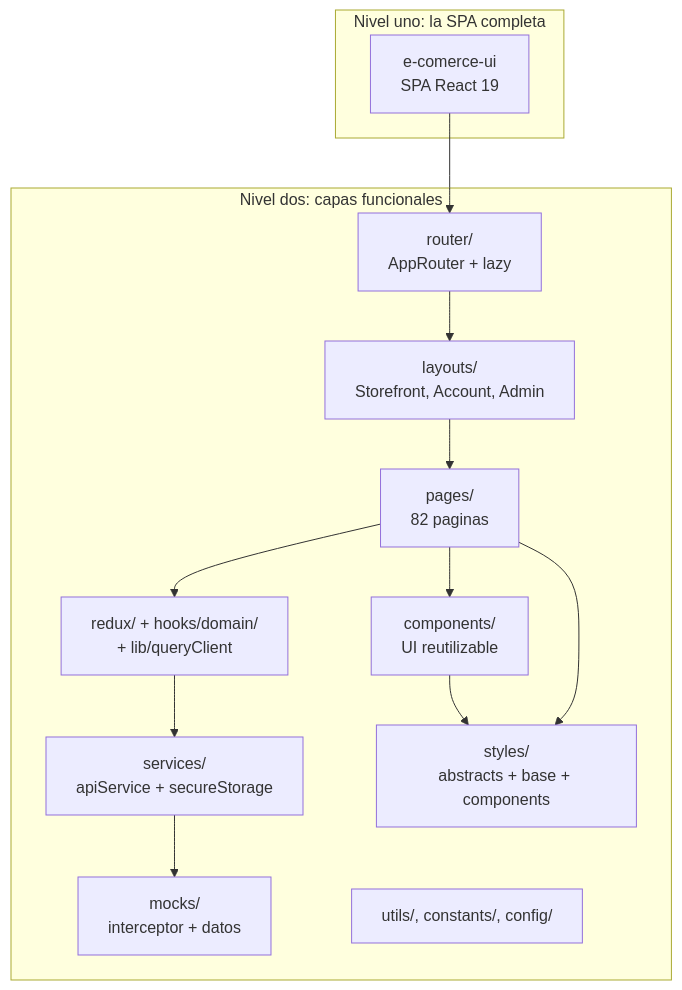
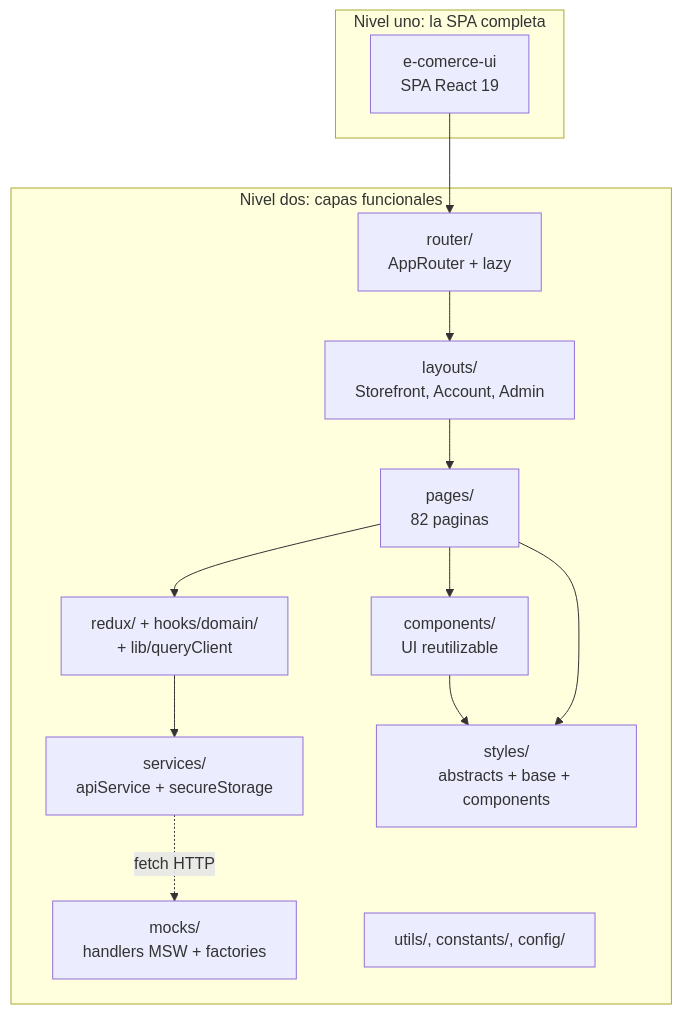
The first of 2 diagrams in docs/vista-de-bloques-de-construccion/vista-de-bloques-de-construccion.md (jcg-admin/template-ecommerce-ui), drawn with Mermaid before and after one commit. The commit also changed other lines of this file and 2 other files, not shown here.

First line of the commit message:
Update building-block view for MSW architecture

````diff
--- a/docs/vista-de-bloques-de-construccion/vista-de-bloques-de-construccion.md
+++ b/docs/vista-de-bloques-de-construccion/vista-de-bloques-de-construccion.md
@@ -9,28 +9,28 @@
 ```mermaid
 flowchart TB
     subgraph nivel_uno [Nivel uno: la SPA completa]
         SPA["e-comerce-ui<br/>SPA React 19"]
     end
 
     subgraph nivel_dos [Nivel dos: capas funcionales]
         Router["router/<br/>AppRouter + lazy"]
         Layouts["layouts/<br/>Storefront, Account, Admin"]
         Pages["pages/<br/>82 paginas"]
         Components["components/<br/>UI reutilizable"]
         State["redux/ + hooks/domain/<br/>+ lib/queryClient"]
         Services["services/<br/>apiService + secureStorage"]
-        Mocks["mocks/<br/>interceptor + datos"]
+        Mocks["mocks/<br/>handlers MSW + factories"]
         Styles["styles/<br/>abstracts + base + components"]
         Utils["utils/, constants/, config/"]
     end
 
     SPA --> Router
     Router --> Layouts
     Layouts --> Pages
     Pages --> Components
     Pages --> State
     State --> Services
-    Services --> Mocks
+    Services -. fetch HTTP .-> Mocks
     Components --> Styles
     Pages --> Styles
 ```
````
